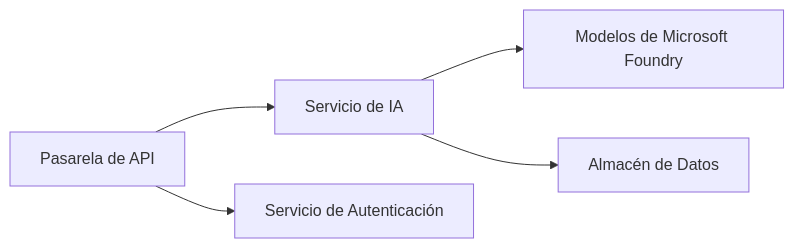
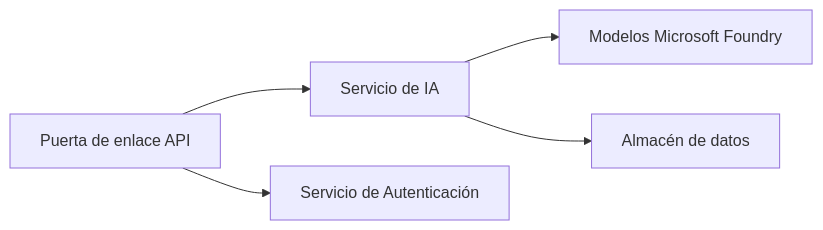
Before and after one commit to microsoft/AZD-for-beginners: the first of 2 diagrams in translations/es/docs/chapter-08-production/README.md, drawn with Mermaid. The commit also changed other lines of this file and 61 other files, not shown here.

````diff
--- a/translations/es/docs/chapter-08-production/README.md
+++ b/translations/es/docs/chapter-08-production/README.md
@@ -48,6 +48,6 @@
 ```mermaid
 graph LR
-    Gateway[Pasarela de API] --> AI[Servicio de IA] --> Models[Modelos de Microsoft Foundry]
+    Gateway[Puerta de enlace API] --> AI[Servicio de IA] --> Models[Modelos Microsoft Foundry]
     Gateway --> Auth[Servicio de Autenticación]
-    AI --> Data[Almacén de Datos]
+    AI --> Data[Almacén de datos]
 ```
````
